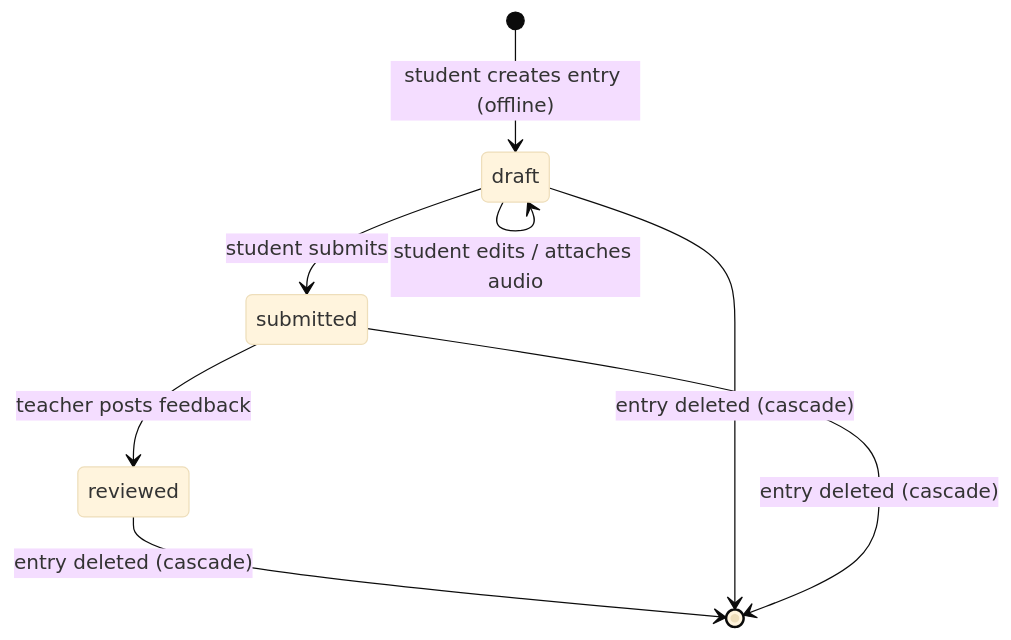
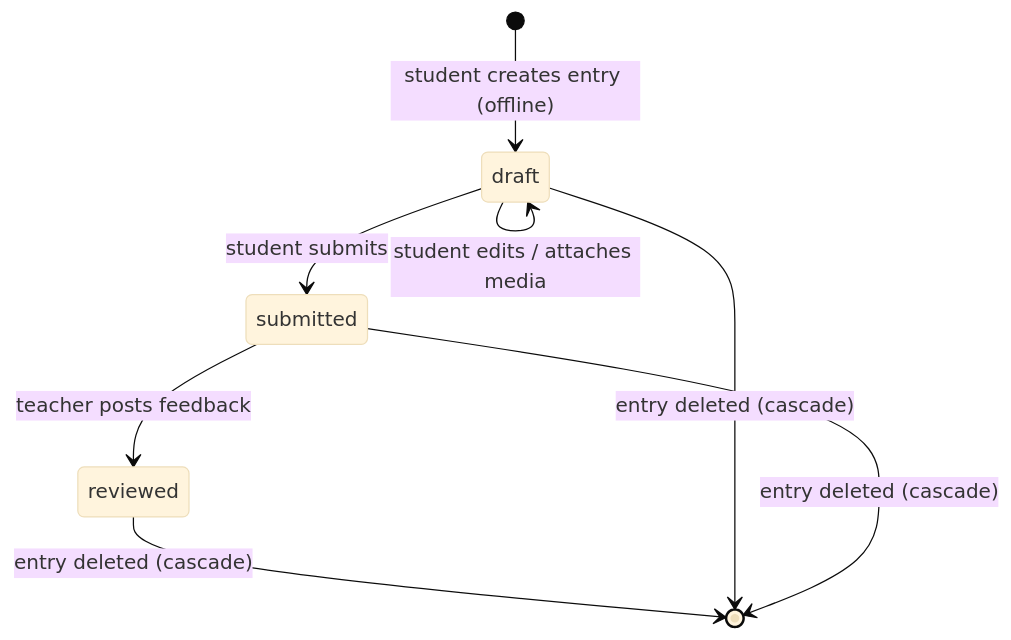
The second of 2 diagrams in docs/ARCHITECTURE.md (sebastianspicker/resonance), drawn with Mermaid (base theme) before and after one commit. The commit also changed other lines of this file and 124 other files, not shown here.

````diff
--- a/docs/ARCHITECTURE.md
+++ b/docs/ARCHITECTURE.md
@@ -41,10 +41,10 @@
 ```mermaid
 stateDiagram-v2
     [*] --> draft : student creates entry (offline)
-    draft --> draft : student edits / attaches audio
+    draft --> draft : student edits / attaches media
     draft --> submitted : student submits
     submitted --> reviewed : teacher posts feedback
     reviewed --> [*] : entry deleted (cascade)
     draft --> [*] : entry deleted (cascade)
     submitted --> [*] : entry deleted (cascade)
 ```
````
